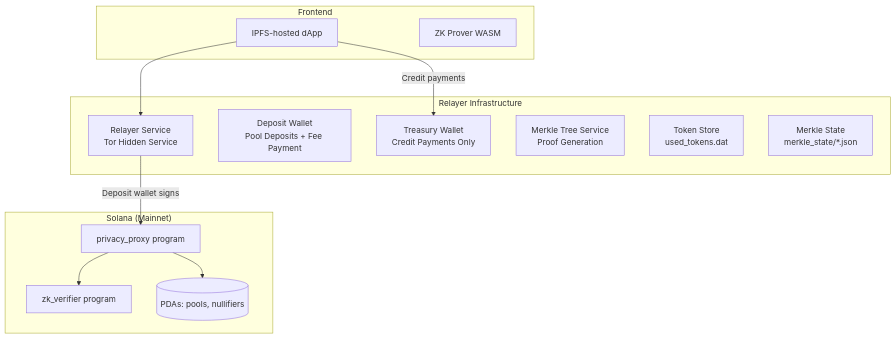
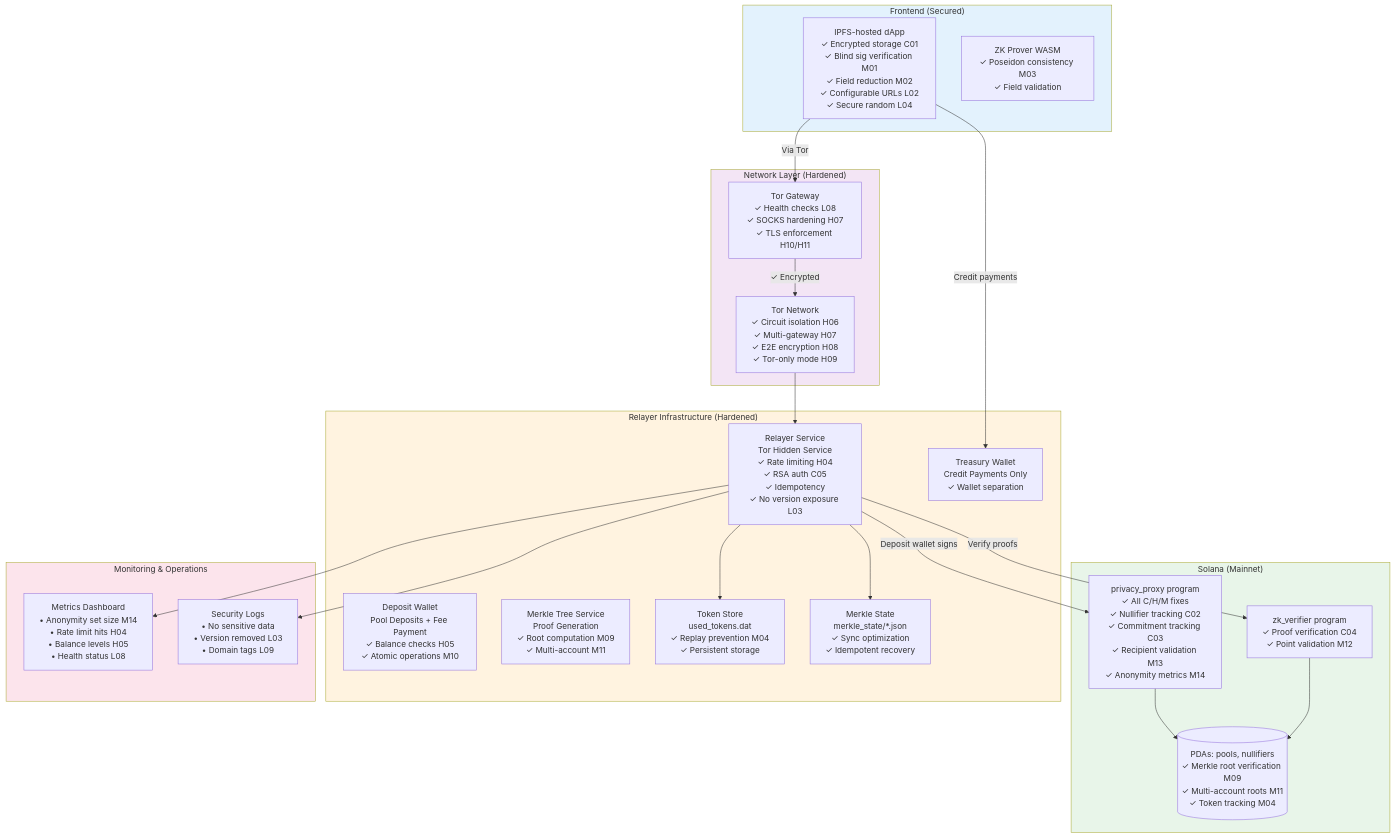
One commit to MdSadiqMd/TraceZero changed diagram 12 of 12 in docs/architecture.md. Above: the diagram before and after it, drawn with Mermaid. The commit also changed other lines of this file and 2 other files, not shown here.

````diff
--- a/docs/architecture.md
+++ b/docs/architecture.md
@@ -1303,28 +1476,51 @@
 ```mermaid
 flowchart TB
     subgraph OnChain["Solana (Mainnet)"]
-        PROG1[privacy_proxy program]
-        PROG2[zk_verifier program]
-        ACCOUNTS[(PDAs: pools, nullifiers)]
+        PROG1[privacy_proxy program<br/>✓ All C/H/M fixes<br/>✓ Nullifier tracking C02<br/>✓ Commitment tracking C03<br/>✓ Recipient validation M13<br/>✓ Anonymity metrics M14]
+        PROG2[zk_verifier program<br/>✓ Proof verification C04<br/>✓ Point validation M12]
+        ACCOUNTS[(PDAs: pools, nullifiers<br/>✓ Merkle root verification M09<br/>✓ Multi-account roots M11<br/>✓ Token tracking M04)]
     end
     
-    subgraph Relayer["Relayer Infrastructure"]
-        REL1[Relayer Service<br/>Tor Hidden Service]
-        REL2[Deposit Wallet<br/>Pool Deposits + Fee Payment]
-        REL2B[Treasury Wallet<br/>Credit Payments Only]
-        REL3[Merkle Tree Service<br/>Proof Generation]
-        REL4[Token Store<br/>used_tokens.dat]
-        REL5[Merkle State<br/>merkle_state/*.json]
+    subgraph Relayer["Relayer Infrastructure (Hardened)"]
+        REL1[Relayer Service<br/>Tor Hidden Service<br/>✓ Rate limiting H04<br/>✓ RSA auth C05<br/>✓ Idempotency<br/>✓ No version exposure L03]
+        REL2[Deposit Wallet<br/>Pool Deposits + Fee Payment<br/>✓ Balance checks H05<br/>✓ Atomic operations M10]
+        REL2B[Treasury Wallet<br/>Credit Payments Only<br/>✓ Wallet separation]
+        REL3[Merkle Tree Service<br/>Proof Generation<br/>✓ Root computation M09<br/>✓ Multi-account M11]
+        REL4[Token Store<br/>used_tokens.dat<br/>✓ Replay prevention M04<br/>✓ Persistent storage]
+        REL5[Merkle State<br/>merkle_state/*.json<br/>✓ Sync optimization<br/>✓ Idempotent recovery]
     end
     
-    subgraph Frontend["Frontend"]
-        WEB[IPFS-hosted dApp]
-        WASM[ZK Prover WASM]
+    subgraph Frontend["Frontend (Secured)"]
+        WEB[IPFS-hosted dApp<br/>✓ Encrypted storage C01<br/>✓ Blind sig verification M01<br/>✓ Field reduction M02<br/>✓ Configurable URLs L02<br/>✓ Secure random L04]
+        WASM[ZK Prover WASM<br/>✓ Poseidon consistency M03<br/>✓ Field validation]
+    end
+    
+    subgraph Network["Network Layer (Hardened)"]
+        TOR[Tor Network<br/>✓ Circuit isolation H06<br/>✓ Multi-gateway H07<br/>✓ E2E encryption H08<br/>✓ Tor-only mode H09]
+        GATEWAY[Tor Gateway<br/>✓ Health checks L08<br/>✓ SOCKS hardening H07<br/>✓ TLS enforcement H10/H11]
+    end
+    
+    subgraph Monitoring["Monitoring & Operations"]
+        MON[Metrics Dashboard<br/>• Anonymity set size M14<br/>• Rate limit hits H04<br/>• Balance levels H05<br/>• Health status L08]
+        LOGS[Security Logs<br/>• No sensitive data<br/>• Version removed L03<br/>• Domain tags L09]
     end
     
     WEB -->|Credit payments| REL2B
-    WEB --> REL1
+    WEB -->|Via Tor| GATEWAY
+    GATEWAY -->|✓ Encrypted| TOR
+    TOR --> REL1
     REL1 -->|Deposit wallet signs| PROG1
-    PROG1 --> PROG2
+    REL1 -->|Verify proofs| PROG2
     PROG1 --> ACCOUNTS
+    PROG2 --> ACCOUNTS
+    REL1 --> REL4
+    REL1 --> REL5
+    REL1 --> MON
+    REL1 --> LOGS
+    
+    style OnChain fill:#e8f5e9
+    style Relayer fill:#fff3e0
+    style Frontend fill:#e3f2fd
+    style Network fill:#f3e5f5
+    style Monitoring fill:#fce4ec
 ```
````
